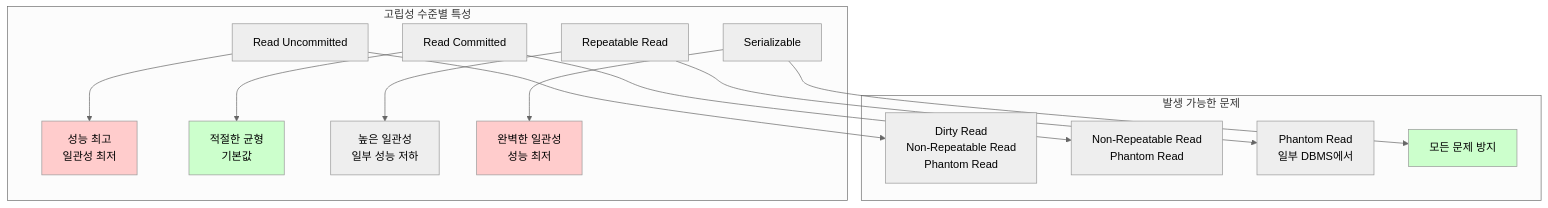
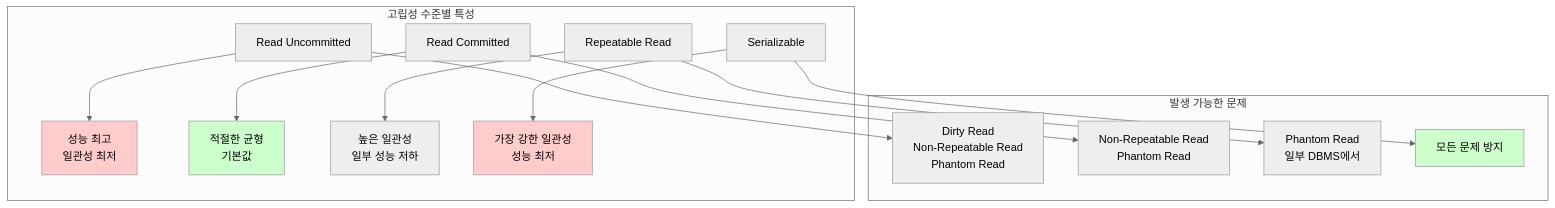
One commit to choisimo/document changed the fifth of 9 diagrams in content/archive/legacy/DATABASE/DB-transaction.md. Above: the diagram before and after it, drawn with Mermaid (neutral theme). The commit also changed other lines of this file and 432 other files, not shown here.

````diff
--- a/content/archive/legacy/DATABASE/DB-transaction.md
+++ b/content/archive/legacy/DATABASE/DB-transaction.md
@@ -380,21 +380,21 @@
 ```mermaid
 graph TD
     subgraph "고립성 수준별 특성"
         A[Read Uncommitted] --> A1[성능 최고<br/>일관성 최저]
         B[Read Committed] --> B1[적절한 균형<br/>기본값]
         C[Repeatable Read] --> C1[높은 일관성<br/>일부 성능 저하]
-        D[Serializable] --> D1[완벽한 일관성<br/>성능 최저]
+        D[Serializable] --> D1[가장 강한 일관성<br/>성능 최저]
     end
     
     subgraph "발생 가능한 문제"
         A --> E[Dirty Read<br/>Non-Repeatable Read<br/>Phantom Read]
         B --> F[Non-Repeatable Read<br/>Phantom Read]
         C --> G[Phantom Read<br/>일부 DBMS에서]
         D --> H[모든 문제 방지]
     end
     
     style A1 fill:#ffcccc
     style D1 fill:#ffcccc
     style B1 fill:#ccffcc
     style H fill:#ccffcc
 ```
````
